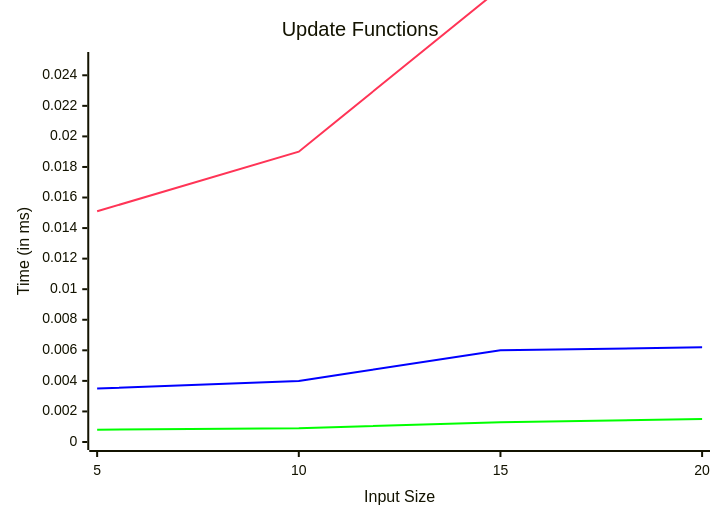
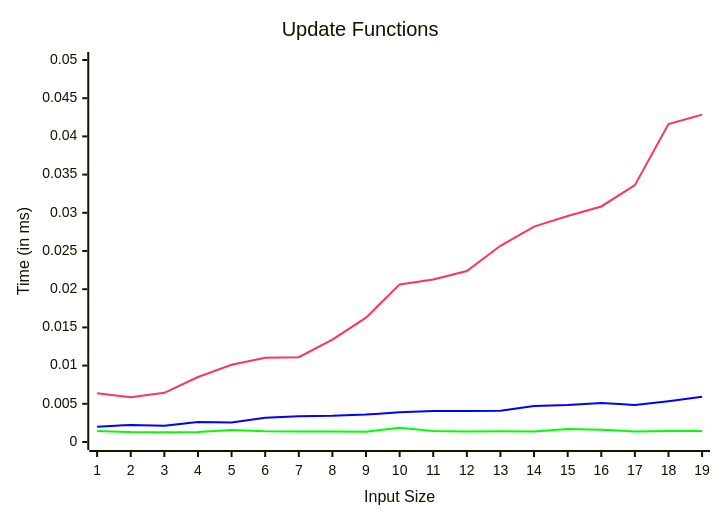
Before and after one commit to m-bock/purescript-transit: the diagram in bench/backend-JS.md, drawn with Mermaid. The commit also changed 4 other files, not shown here.

````diff
--- a/bench/backend-JS.md
+++ b/bench/backend-JS.md
@@ -2,15 +2,15 @@
 ```mermaid
 ---
   config:
     themeVariables:
         xyChart:
             plotColorPalette: "#ff3456, #00ff00, #0000ff, #ffff00, #ff00ff, #00ffff"
 ---
 xychart
   title "Update Functions"
-  x-axis "Input Size" [5, 10, 15, 20]
-  y-axis "Time (in ms)" 0 --> 0.025
-  line [0.0151, 0.019, 0.0297, 0.0437]
-  line [0.0008, 0.0009, 0.0013, 0.0015]
-  line [0.0035, 0.004, 0.006, 0.0062]
+  x-axis "Input Size" [1, 2, 3, 4, 5, 6, 7, 8, 9, 10, 11, 12, 13, 14, 15, 16, 17, 18, 19]
+  y-axis "Time (in ms)" 0 --> 0.05
+  line [0.00638, 0.00586, 0.00644, 0.00851, 0.0101, 0.01102, 0.0111, 0.0134, 0.01627, 0.02063, 0.02128, 0.02237, 0.02568, 0.02819, 0.02958, 0.03083, 0.03362, 0.04161, 0.04285]
+  line [0.00143, 0.00131, 0.00129, 0.00132, 0.00158, 0.00142, 0.00138, 0.00136, 0.00135, 0.00185, 0.00143, 0.00137, 0.00141, 0.00136, 0.0017, 0.00161, 0.00138, 0.00144, 0.00145]
+  line [0.002, 0.00224, 0.00214, 0.00262, 0.00255, 0.00317, 0.00337, 0.00342, 0.00359, 0.00388, 0.00406, 0.00406, 0.00409, 0.0047, 0.00484, 0.00512, 0.00484, 0.00534, 0.00592]
 ```
````
